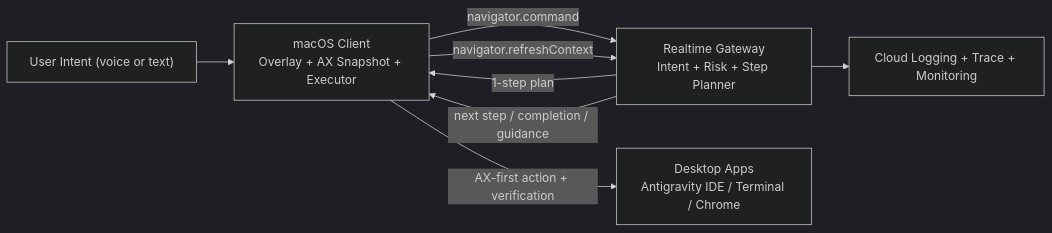
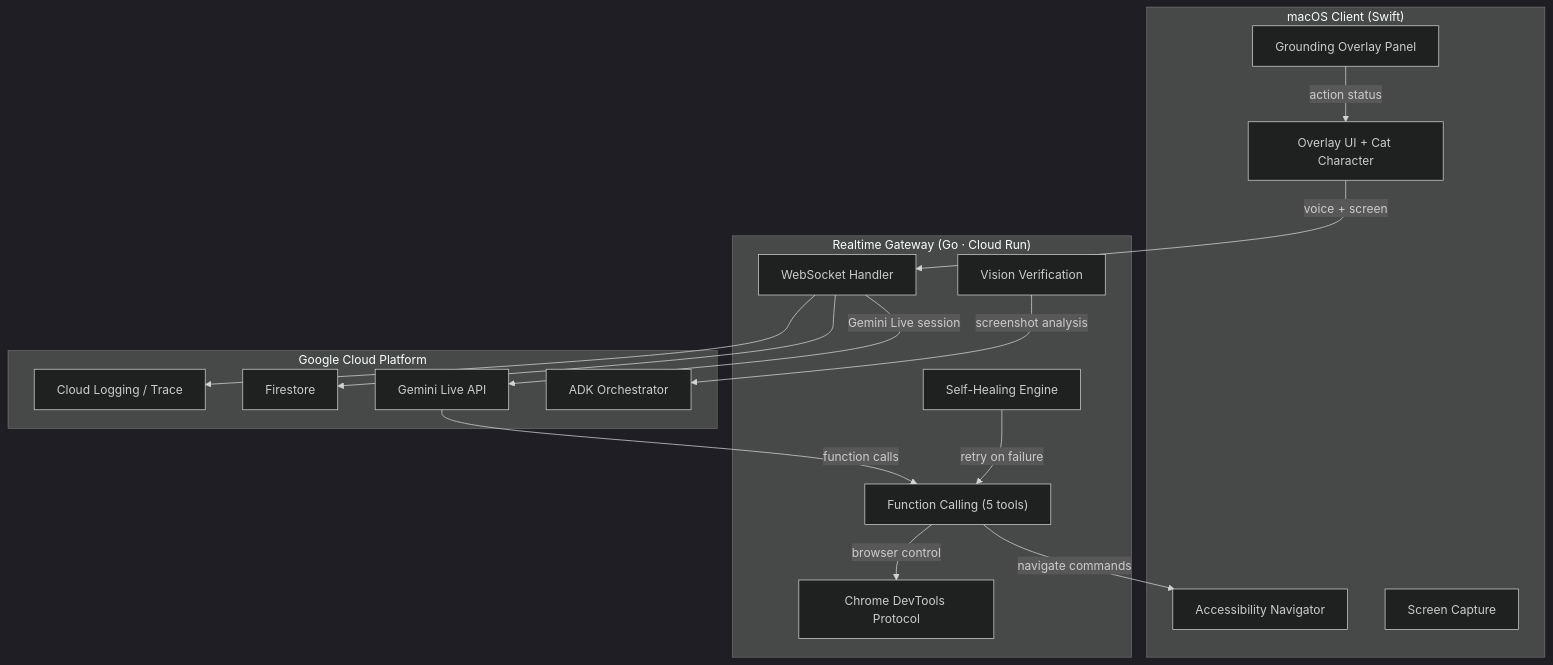
One commit to Two-Weeks-Team/vibeCat changed the diagram in README.md. Above: the diagram before and after it, drawn with Mermaid (dark theme). The commit also changed other lines of this file and 4 other files, not shown here.

````diff
--- a/README.md
+++ b/README.md
@@ -94,10 +70,35 @@
 ```mermaid
-flowchart LR
-    U["User Intent (voice or text)"] --> C["macOS Client<br/>Overlay + AX Snapshot + Executor"]
-    C -->|navigator.command| G["Realtime Gateway<br/>Intent + Risk + Step Planner"]
-    G -->|1-step plan| C
-    C -->|AX-first action + verification| A["Desktop Apps<br/>Antigravity IDE / Terminal / Chrome"]
-    C -->|navigator.refreshContext| G
-    G -->|next step / completion / guidance| C
-    G --> O["Cloud Logging + Trace + Monitoring"]
+flowchart TB
+    subgraph Client["macOS Client (Swift)"]
+        UI["Overlay UI + Cat Character"]
+        AX["Accessibility Navigator"]
+        SC["Screen Capture"]
+        OV["Grounding Overlay Panel"]
+    end
+
+    subgraph Gateway["Realtime Gateway (Go · Cloud Run)"]
+        WS["WebSocket Handler"]
+        FC["Function Calling (5 tools)"]
+        SH["Self-Healing Engine"]
+        VV["Vision Verification"]
+        CDP["Chrome DevTools Protocol"]
+    end
+
+    subgraph GCP["Google Cloud Platform"]
+        GM["Gemini Live API"]
+        ADK["ADK Orchestrator"]
+        FS["Firestore"]
+        CL["Cloud Logging / Trace"]
+    end
+
+    UI -->|voice + screen| WS
+    WS -->|Gemini Live session| GM
+    GM -->|function calls| FC
+    FC -->|navigate commands| AX
+    FC -->|browser control| CDP
+    SH -->|retry on failure| FC
+    VV -->|screenshot analysis| ADK
+    WS --> FS
+    WS --> CL
+    OV -->|action status| UI
 ```
````
